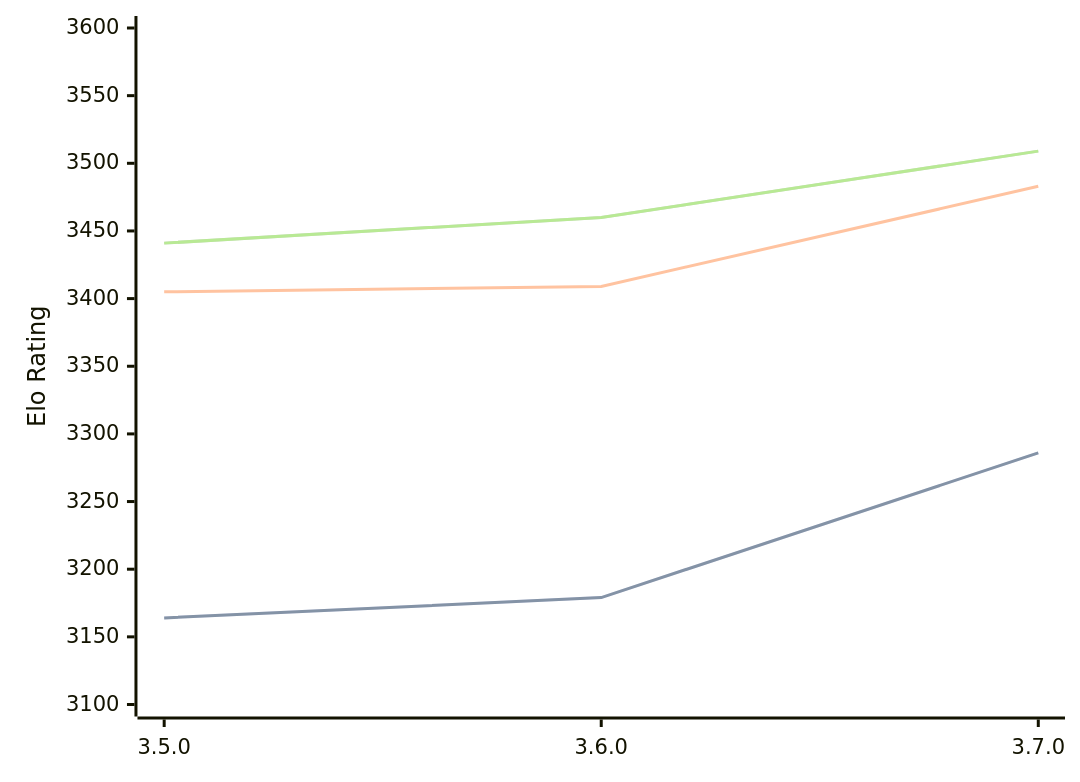
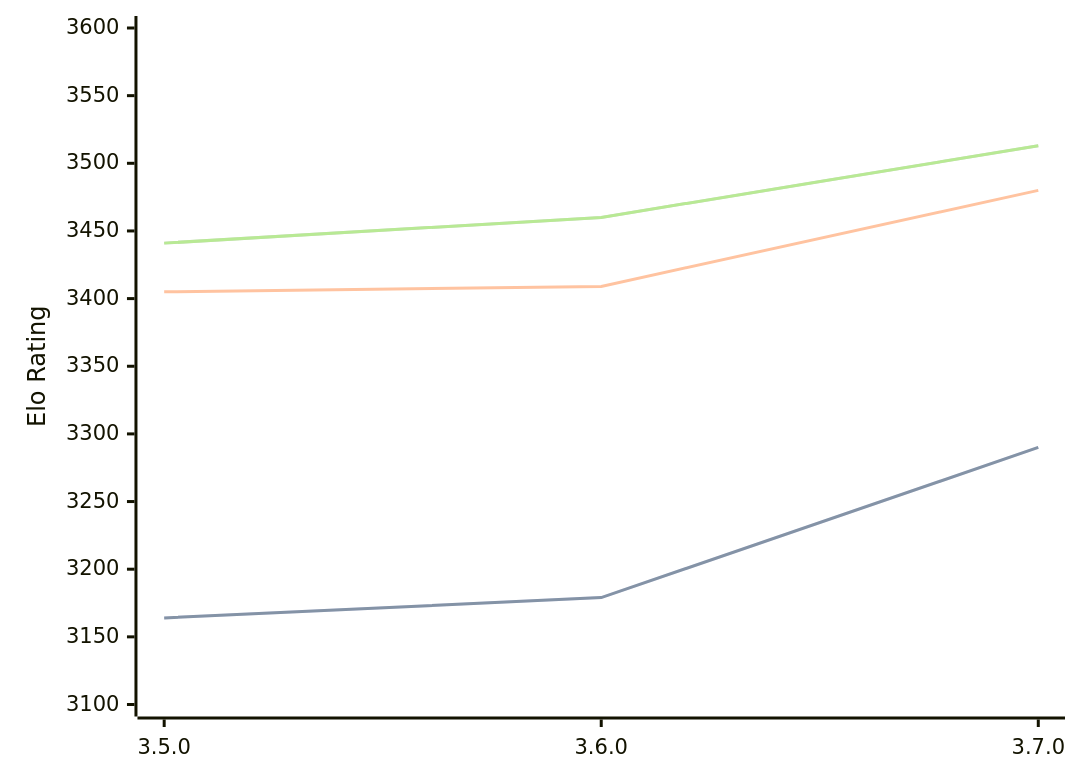
One commit to computer-chess-index/cci changed the diagram in engines/Igel.md. Above: the diagram before and after it, drawn with Mermaid. The commit also changed other lines of this file, not shown here.

Commit message:
Update CCI Ratings (ELO VLTC) - 2026-08-30

````diff
--- a/engines/Igel.md
+++ b/engines/Igel.md
@@ -33,11 +33,11 @@
 ```mermaid
 %%{init: {"theme":"base","themeVariables":{"seriesColors:['#a3a3a3','#222221','#faa371']}}}%%
 xychart-beta
   x-axis ["3.5.0", "3.6.0", "3.7.0"]
   y-axis "Elo Rating" 3100 --> 3600
-  line "" [3164, 3179, 3286]
-  line "STC (8.0+0.08s)" [3164, 3179, 3286]
-  line "LTC (60.0+0.60s)" [3405, 3409, 3483]
-  line "" [3441, 3460, 3509]
-  line "VLTC (2m24s+1.12s)" [3441, 3460, 3509]
+  line "" [3164, 3179, 3290]
+  line "STC (8.0+0.08s)" [3164, 3179, 3290]
+  line "LTC (60.0+0.60s)" [3405, 3409, 3480]
+  line "" [3441, 3460, 3513]
+  line "VLTC (2m24s+1.12s)" [3441, 3460, 3513]
 ```
````
